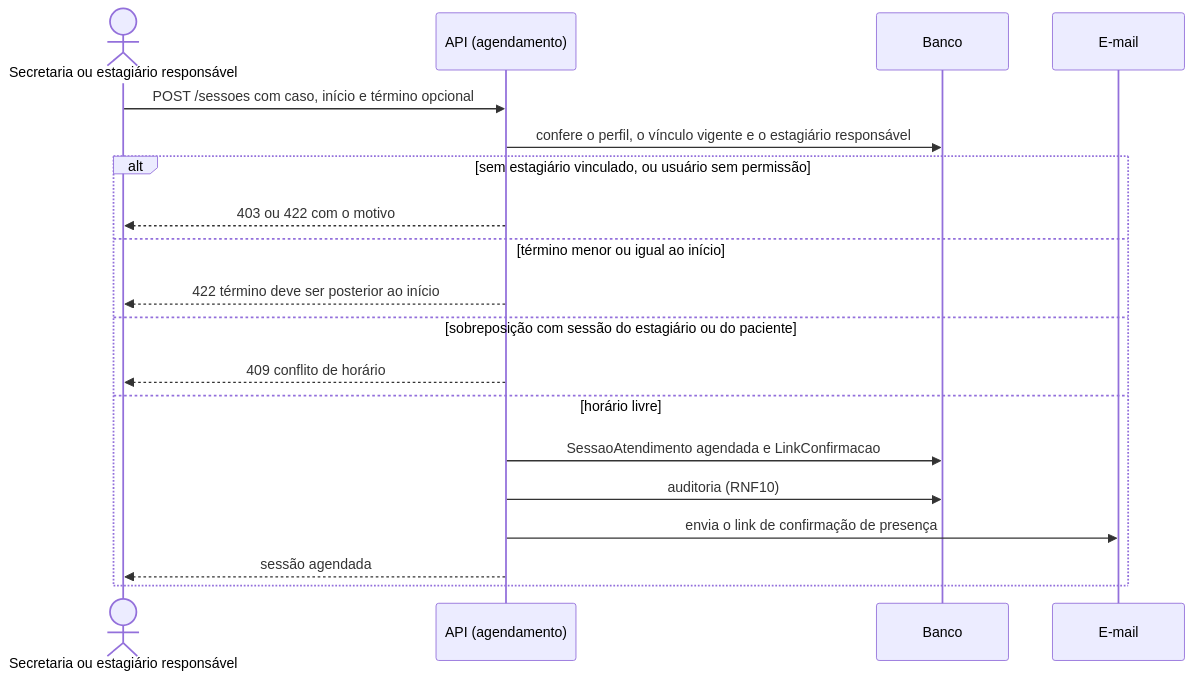
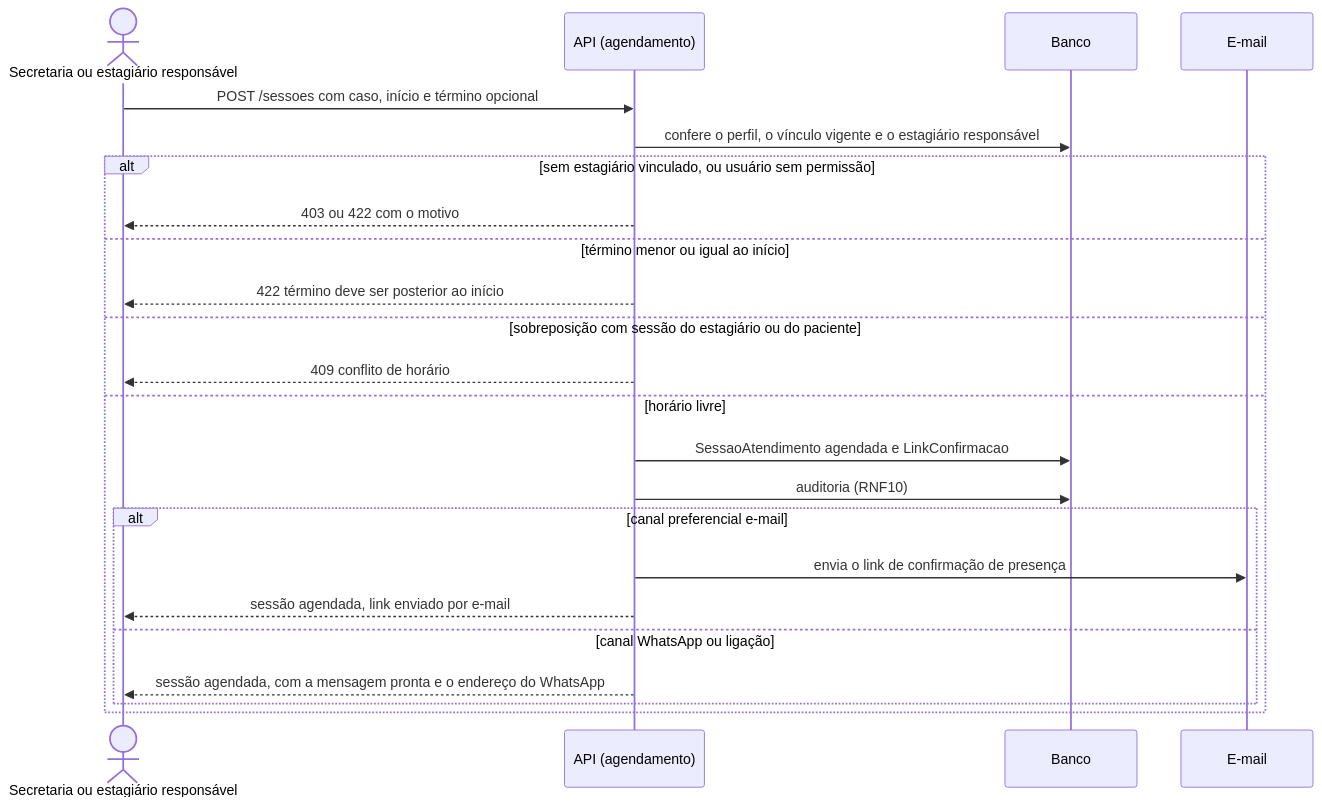
One commit to mdsreq-fga-unb/REQ-2026.2-T02-ClinicaEscolaFBr changed diagram 13 of 13 in documentacao/docs/unidade-3/projeto-features-ciclo-3.md. Above: the diagram before and after it, drawn with Mermaid. The commit also changed other lines of this file and 16 other files, not shown here.

````diff
--- a/documentacao/docs/unidade-3/projeto-features-ciclo-3.md
+++ b/documentacao/docs/unidade-3/projeto-features-ciclo-3.md
@@ -542,21 +525,25 @@
 ```mermaid
 sequenceDiagram
     actor U as Secretaria ou estagiário responsável
     participant A as API (agendamento)
     participant DB as Banco
     participant M as E-mail
     U->>A: POST /sessoes com caso, início e término opcional
     A->>DB: confere o perfil, o vínculo vigente e o estagiário responsável
     alt sem estagiário vinculado, ou usuário sem permissão
         A-->>U: 403 ou 422 com o motivo
     else término menor ou igual ao início
         A-->>U: 422 término deve ser posterior ao início
     else sobreposição com sessão do estagiário ou do paciente
         A-->>U: 409 conflito de horário
     else horário livre
         A->>DB: SessaoAtendimento agendada e LinkConfirmacao
         A->>DB: auditoria (RNF10)
-        A->>M: envia o link de confirmação de presença
-        A-->>U: sessão agendada
+        alt canal preferencial e-mail
+            A->>M: envia o link de confirmação de presença
+            A-->>U: sessão agendada, link enviado por e-mail
+        else canal WhatsApp ou ligação
+            A-->>U: sessão agendada, com a mensagem pronta e o endereço do WhatsApp
+        end
     end
 ```
````
